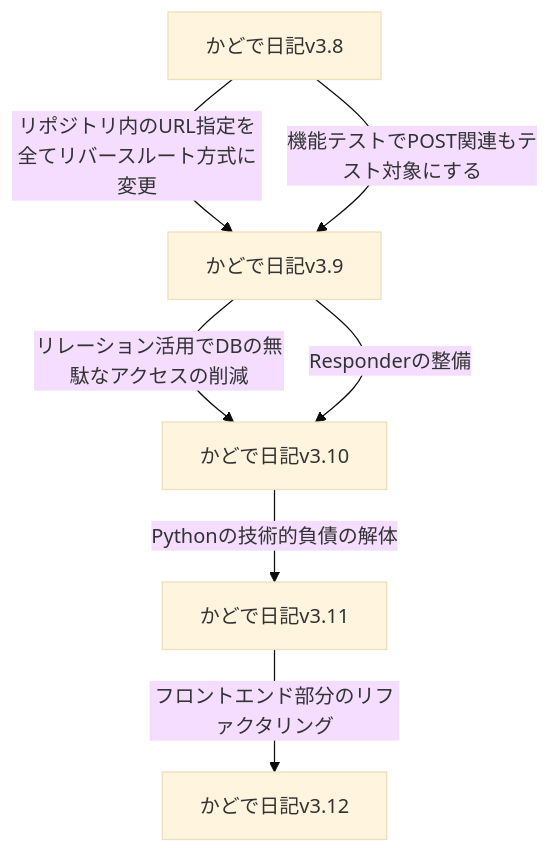
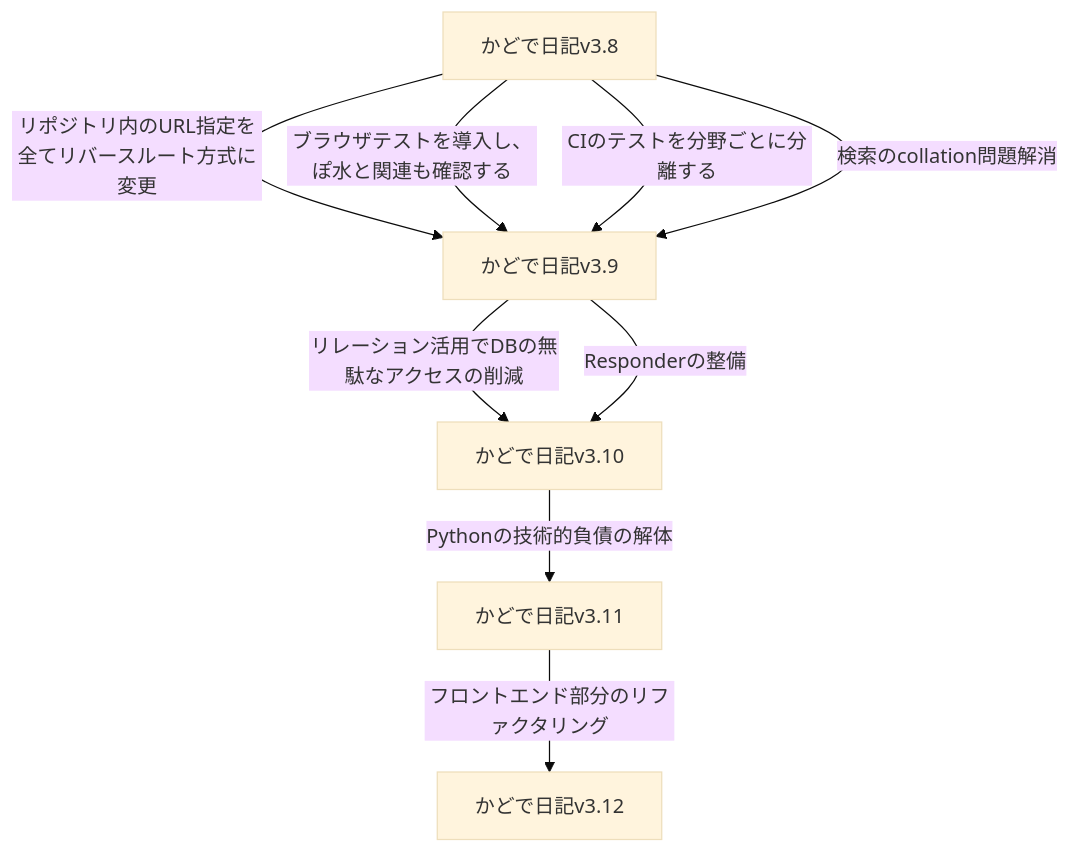
Before and after one commit to KadodeProject/kadode_nikki3: the third of 4 diagrams in README.md, drawn with Mermaid (base theme). The commit also changed other lines of this file, not shown here.

Commit message:
fix ロードマップ修正

````diff
--- a/README.md
+++ b/README.md
@@ -95,9 +95,11 @@
 ```mermaid
 flowchart TD
     D[かどで日記v3.8]-->|リポジトリ内のURL指定を全てリバースルート方式に変更|E[かどで日記v3.9]
-    D-->|機能テストでPOST関連もテスト対象にする|E
+    D-->|ブラウザテストを導入し、ぽ水と関連も確認する|E
+    D-->|CIのテストを分野ごとに分離する|E
+    D-->|検索のcollation問題解消|E
     E-->|リレーション活用でDBの無駄なアクセスの削減|F[かどで日記v3.10]
     E-->|Responderの整備|F
     F-->|Pythonの技術的負債の解体|G[かどで日記v3.11]
     G-->|フロントエンド部分のリファクタリング|H[かどで日記v3.12]
 ```
````
